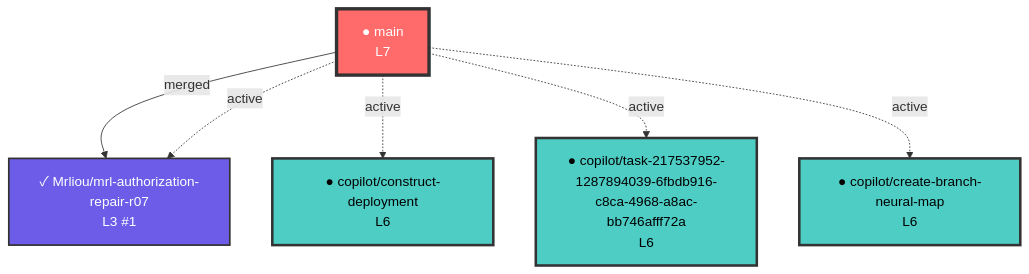
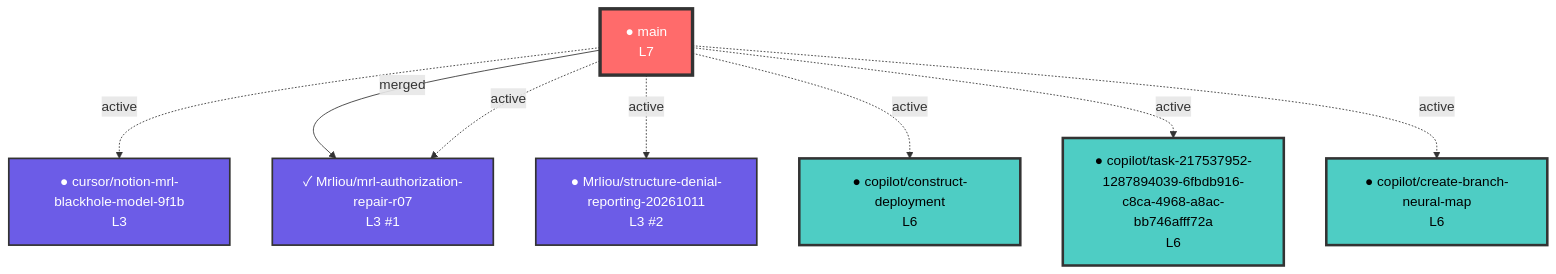
The diagram in neural-links/synaptic-graph.mermaid (dofaromg/MRL_ASI_system), drawn with Mermaid before and after one commit. The commit also changed 1 other file, not shown here.

Commit message:
🧠 Auto-sync neural network map [skip ci]

````diff
--- a/neural-links/synaptic-graph.mermaid
+++ b/neural-links/synaptic-graph.mermaid
@@ -1,25 +1,29 @@
 ```mermaid
 graph TD
   %% 神經網絡分支圖譜 - origin_signature: MrLiouWord
 
   %% 節點定義
   main["● main<br/>L7"]:::trunk
+  cursor_notion_mrl_blackhole_model_9f1b["● cursor/notion-mrl-blackhole-model-9f1b<br/>L3"]:::experimental
   Mrliou_mrl_authorization_repair_r07["✓ Mrliou/mrl-authorization-repair-r07<br/>L3 #1"]:::experimental
+  Mrliou_structure_denial_reporting_20261011["● Mrliou/structure-denial-reporting-20261011<br/>L3 #2"]:::experimental
   copilot_construct_deployment["● copilot/construct-deployment<br/>L6"]:::cognitive
   copilot_task_217537952_1287894039_6fbdb916_c8ca_4968_a8ac_bb746afff72a["● copilot/task-217537952-1287894039-6fbdb916-c8ca-4968-a8ac-bb746afff72a<br/>L6"]:::cognitive
   copilot_create_branch_neural_map["● copilot/create-branch-neural-map<br/>L6"]:::cognitive
 
   %% 連結定義
+  main -.->|active| cursor_notion_mrl_blackhole_model_9f1b
   main -->|merged| Mrliou_mrl_authorization_repair_r07
+  main -.->|active| Mrliou_structure_denial_reporting_20261011
   main -.->|active| copilot_construct_deployment
   main -.->|active| copilot_task_217537952_1287894039_6fbdb916_c8ca_4968_a8ac_bb746afff72a
   main -.->|active| Mrliou_mrl_authorization_repair_r07
   main -.->|active| copilot_create_branch_neural_map
 
   %% 樣式定義
   classDef trunk fill:#ff6b6b,stroke:#333,stroke-width:4px,color:#fff
   classDef cognitive fill:#4ecdc4,stroke:#333,stroke-width:3px,color:#000
   classDef feature fill:#95e1d3,stroke:#333,stroke-width:2px,color:#000
   classDef hotfix fill:#f9ca24,stroke:#333,stroke-width:2px,color:#000
   classDef experimental fill:#6c5ce7,stroke:#333,stroke-width:2px,color:#fff
 ```
````
